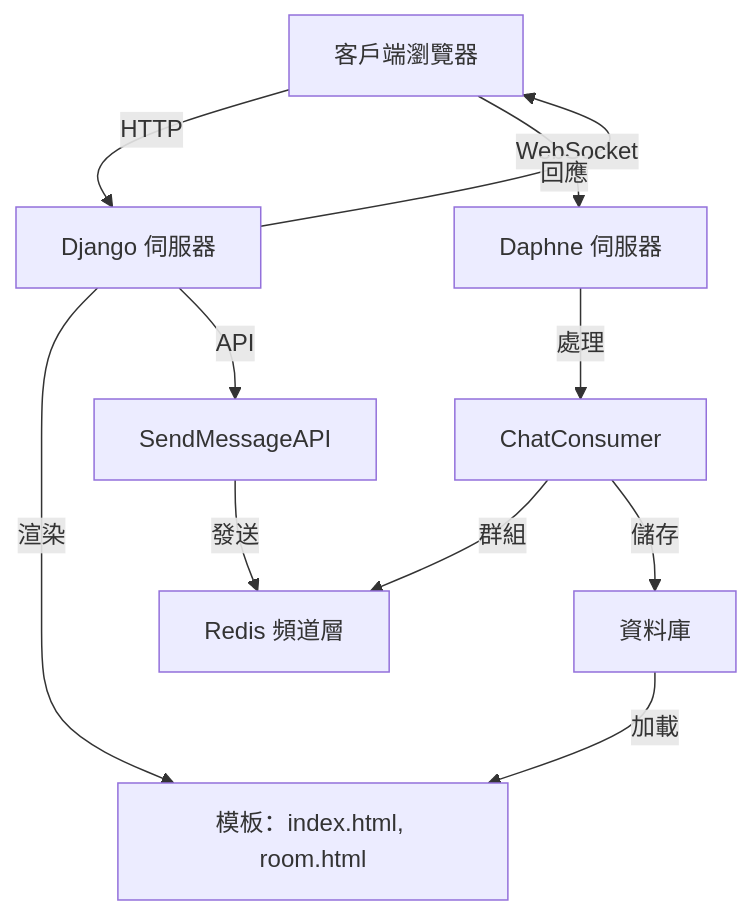
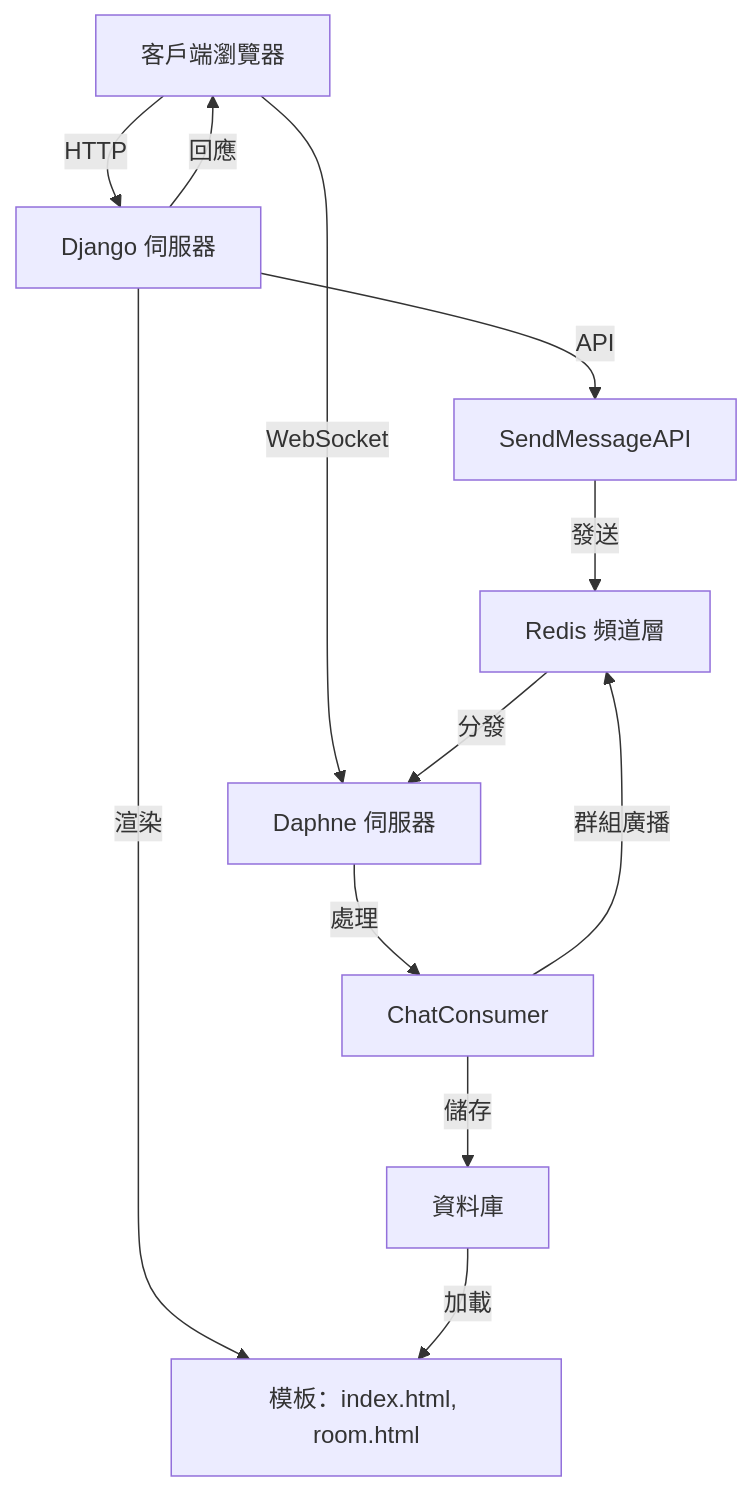
Before and after one commit to BpsEason/realtime_chat_django: the diagram in README.md, drawn with Mermaid. The commit also changed other lines of this file, not shown here.

````diff
--- a/README.md
+++ b/README.md
@@ -14,13 +14,14 @@
 ```mermaid
 graph TD
     A[客戶端瀏覽器] -->|HTTP| B[Django 伺服器]
     A -->|WebSocket| C[Daphne 伺服器]
     B -->|渲染| D[模板：index.html, room.html]
     B -->|回應| A
     C -->|處理| E[ChatConsumer]
-    E -->|群組| F[Redis 頻道層]
+    E -->|群組廣播| F[Redis 頻道層]
+    F -->|分發| C
     E -->|儲存| G[資料庫]
     B -->|API| H[SendMessageAPI]
     H -->|發送| F
     G -->|加載| D
 ```
````
